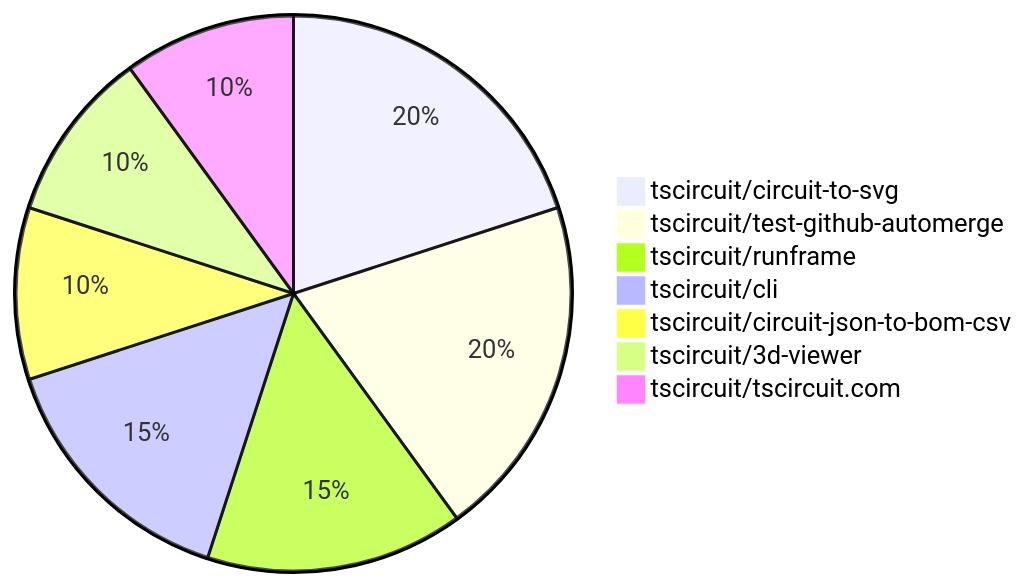
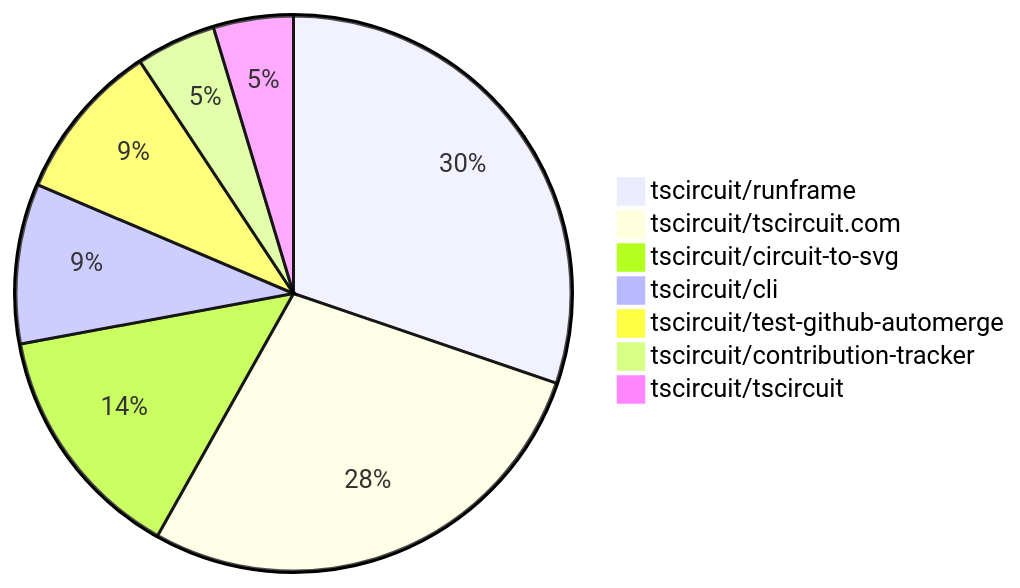
One commit to tscircuit/contribution-tracker changed the second of 2 diagrams in contribution-overviews/2025-09-24.md. Above: the diagram before and after it, drawn with Mermaid. The commit also changed other lines of this file and 3 other files, not shown here.

````diff
--- a/contribution-overviews/2025-09-24.md
+++ b/contribution-overviews/2025-09-24.md
@@ -62,10 +73,10 @@
 ```mermaid
 pie
-    "tscircuit/circuit-to-svg" : 4
+    "tscircuit/runframe" : 13
+    "tscircuit/tscircuit.com" : 12
+    "tscircuit/circuit-to-svg" : 6
+    "tscircuit/cli" : 4
     "tscircuit/test-github-automerge" : 4
-    "tscircuit/runframe" : 3
-    "tscircuit/cli" : 3
-    "tscircuit/circuit-json-to-bom-csv" : 2
-    "tscircuit/3d-viewer" : 2
-    "tscircuit/tscircuit.com" : 2
+    "tscircuit/contribution-tracker" : 2
+    "tscircuit/tscircuit" : 2
 ```
````
